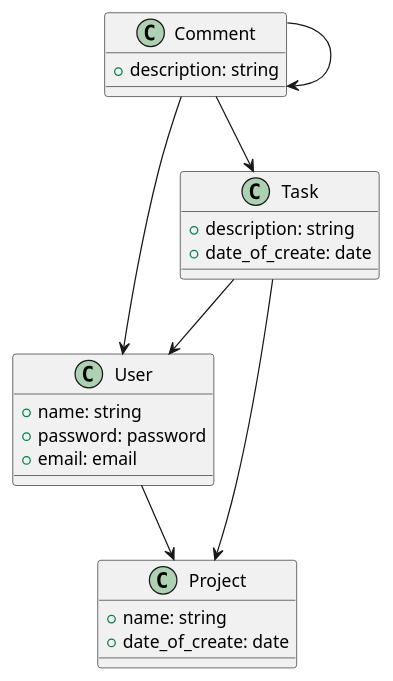
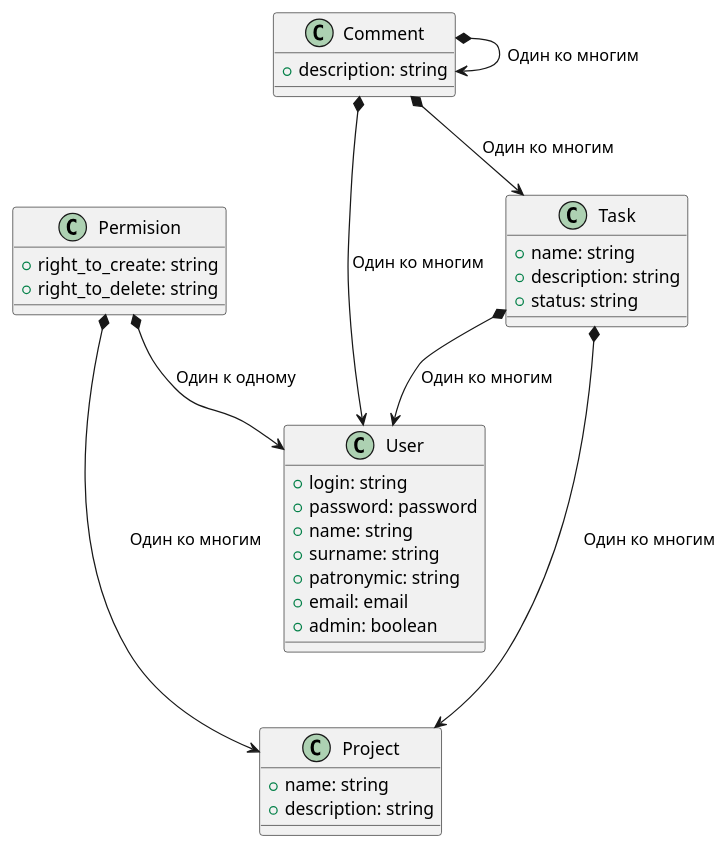
Before and after one commit to Spoleri/Diagram: the diagram in tasks.wsd, drawn with PlantUML. The commit also changed 1 other file, not shown here.

```diff
--- a/tasks.wsd
+++ b/tasks.wsd
@@ -1,29 +1,40 @@
 @startuml 
     class User {
+        + login: string
+        + password: password
         + name: string
-        + password: password
+        + surname: string
+        + patronymic: string
         + email: email
+        + admin: boolean
     }
 
     class Task {
+        + name: string
         + description: string
-        + date_of_create: date
+        + status: string
     }
     
     class Comment {
         + description: string
     }
 
     class Project {
         + name: string
-        + date_of_create: date
+        + description: string
+    }
+
+    class Permision {
+        + right_to_create: string
+        + right_to_delete: string
     }
 
     
-    Comment --> User
-    Comment --> Task
-    Comment --> Comment
-    Task --> Project
-    Task --> User
-    User --> Project
+    Comment *--> User : Один ко многим
+    Comment *--> Task : Один ко многим
+    Comment *--> Comment : Один ко многим
+    Task *---> Project : Один ко многим
+    Task *--> User : Один ко многим
+    Permision *---> Project: Один ко многим
+    Permision *--> User: Один к одному
 @enduml
```
